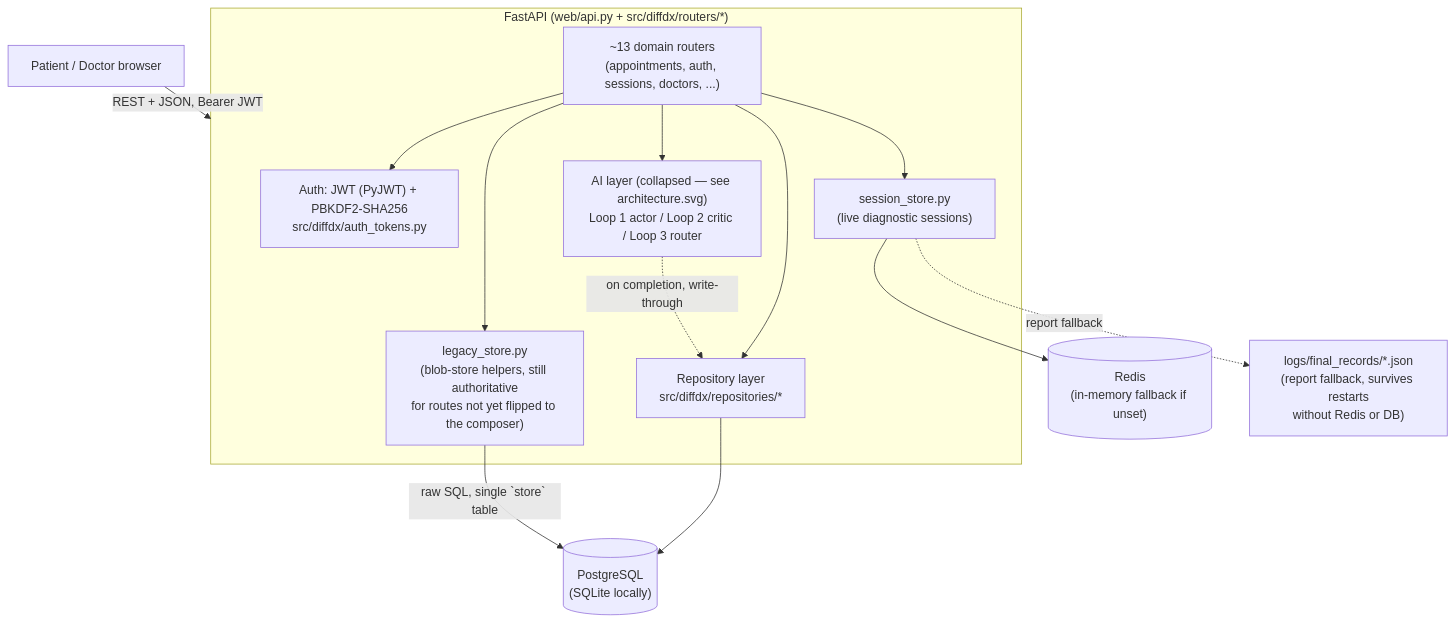
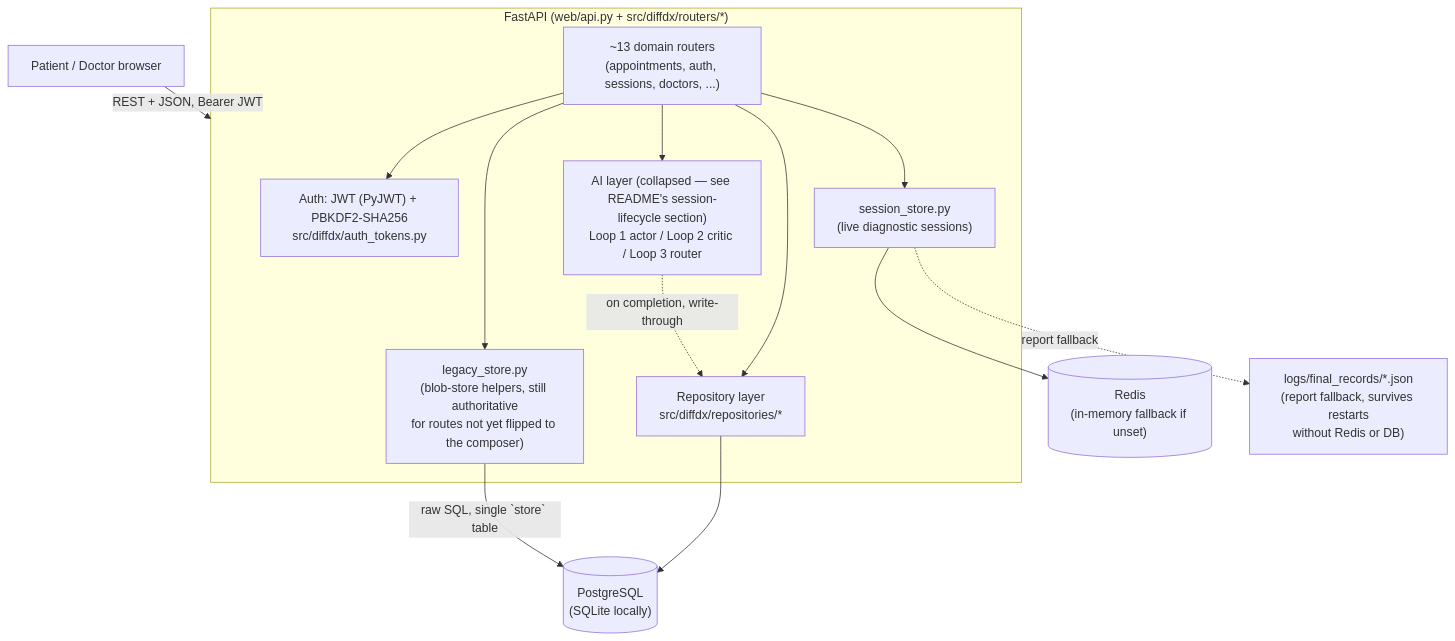
One commit to Mhervin47/DiffDx2.0 changed the diagram in loop1/docs/ARCHITECTURE.md. Above: the diagram before and after it, drawn with Mermaid. The commit also changed other lines of this file and 3 other files, not shown here.

First line of the commit message:
chore: remove railway.toml and architecture.svg

````diff
--- a/loop1/docs/ARCHITECTURE.md
+++ b/loop1/docs/ARCHITECTURE.md
@@ -11,29 +10,29 @@
 ```mermaid
 flowchart TD
     Browser["Patient / Doctor browser"]
 
     subgraph API["FastAPI (web/api.py + src/diffdx/routers/*)"]
         Auth["Auth: JWT (PyJWT) + PBKDF2-SHA256\nsrc/diffdx/auth_tokens.py"]
         Routers["~13 domain routers\n(appointments, auth, sessions, doctors, ...)"]
         Repos["Repository layer\nsrc/diffdx/repositories/*"]
         SessionStore["session_store.py\n(live diagnostic sessions)"]
         LegacyStore["legacy_store.py\n(blob-store helpers, still authoritative\nfor routes not yet flipped to the composer)"]
-        AI["AI layer (collapsed — see architecture.svg)\nLoop 1 actor / Loop 2 critic / Loop 3 router"]
+        AI["AI layer (collapsed — see README's session-lifecycle section)\nLoop 1 actor / Loop 2 critic / Loop 3 router"]
     end
 
     PG[("PostgreSQL\n(SQLite locally)")]
     Redis[("Redis\n(in-memory fallback if unset)")]
     Disk["logs/final_records/*.json\n(report fallback, survives restarts\nwithout Redis or DB)"]
 
     Browser -- "REST + JSON, Bearer JWT" --> API
     Routers --> Auth
     Routers --> Repos
     Routers --> SessionStore
     Routers --> LegacyStore
     Routers --> AI
     Repos --> PG
     LegacyStore -- "raw SQL, single `store` table" --> PG
     SessionStore --> Redis
     AI -.->|"on completion, write-through"| Repos
     SessionStore -.->|"report fallback"| Disk
 ```
````
